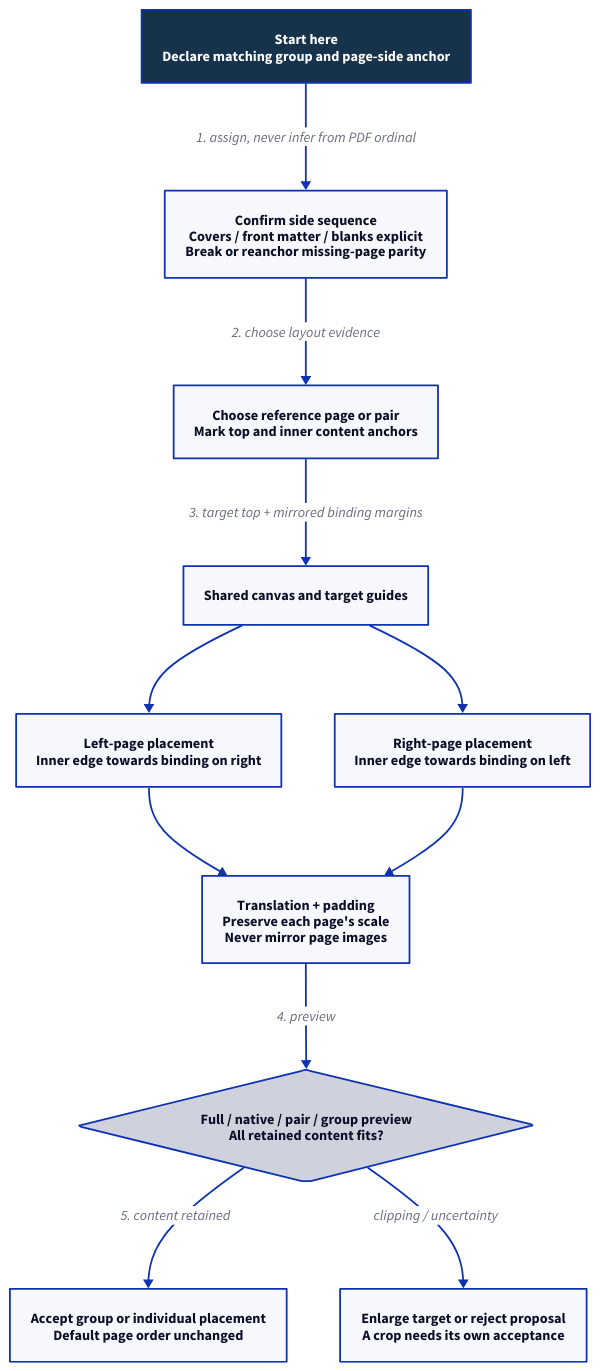
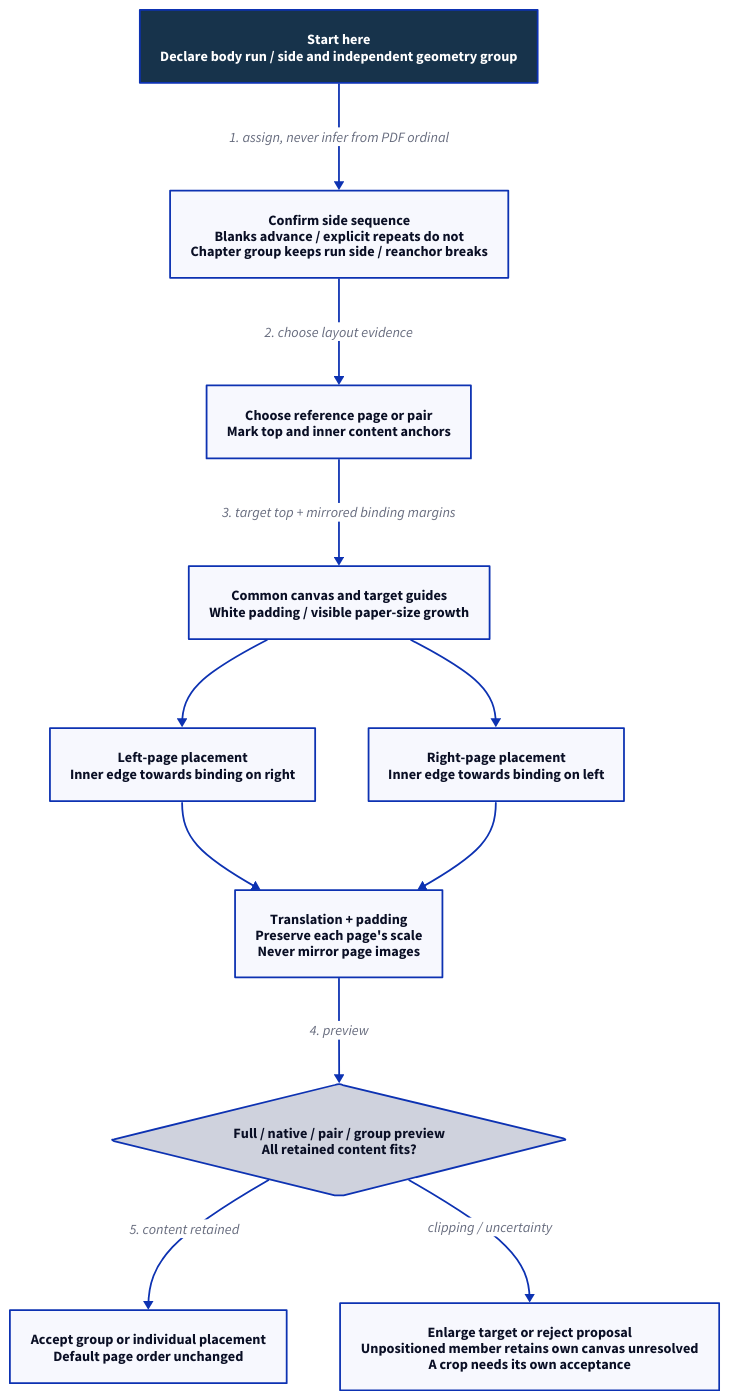
Before and after one commit to Linkuistics/BookScanBuilder: the diagram in docs/design/rotation-processor/book-alignment.d2, drawn with D2. The commit also changed 21 other files, not shown here.

Commit message:
rotation-processor-k46: integrate geometry design review with explicit import limits, parity and review/export lifecycle

```diff
--- a/docs/design/rotation-processor/book-alignment.d2
+++ b/docs/design/rotation-processor/book-alignment.d2
@@ -1,24 +1,24 @@
 direction: down
 classes: {
   start: {style: {fill: "#17334b"; font-color: white; bold: true}}
 }
-start: Start here\nDeclare matching group and page-side anchor {class: start}
-sequence: Confirm side sequence\nCovers / front matter / blanks explicit\nBreak or reanchor missing-page parity
+start: Start here\nDeclare body run / side and independent geometry group {class: start}
+sequence: Confirm side sequence\nBlanks advance / explicit repeats do not\nChapter group keeps run side / reanchor breaks
 reference: Choose reference page or pair\nMark top and inner content anchors
-canvas: Shared canvas and target guides
+canvas: Common canvas and target guides\nWhite padding / visible paper-size growth
 left_page: Left-page placement\nInner edge towards binding on right
 right_page: Right-page placement\nInner edge towards binding on left
 shift: Translation + padding\nPreserve each page's scale\nNever mirror page images
 check: Full / native / pair / group preview\nAll retained content fits? {shape: diamond}
-resize: Enlarge target or reject proposal\nA crop needs its own acceptance
+resize: Enlarge target or reject proposal\nUnpositioned member retains own canvas unresolved\nA crop needs its own acceptance
 accept: Accept group or individual placement\nDefault page order unchanged
 start -> sequence: "1. assign, never infer from PDF ordinal"
 sequence -> reference: "2. choose layout evidence"
 reference -> canvas: "3. target top + mirrored binding margins"
 canvas -> left_page
 canvas -> right_page
 left_page -> shift
 right_page -> shift
 shift -> check: "4. preview"
 check -> accept: "5. content retained"
 check -> resize: clipping / uncertainty
```
